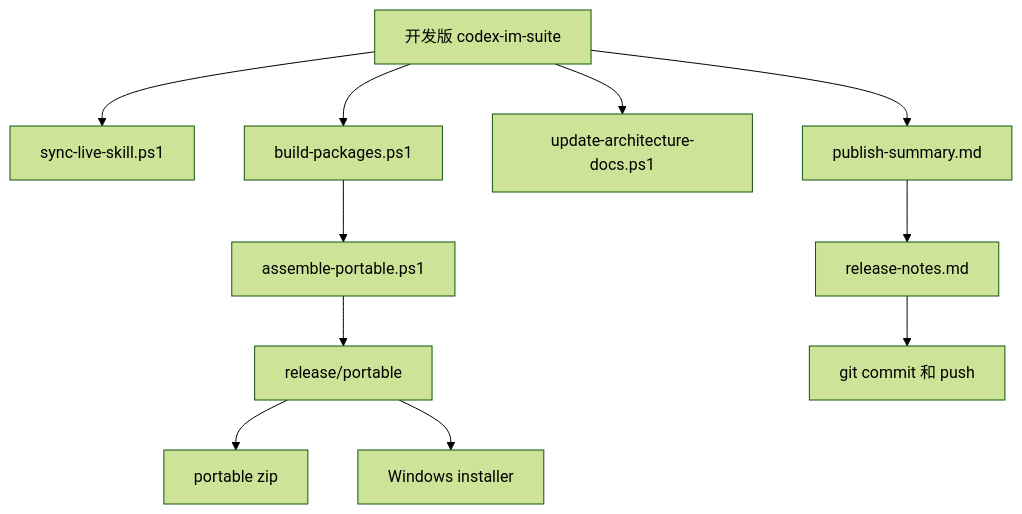
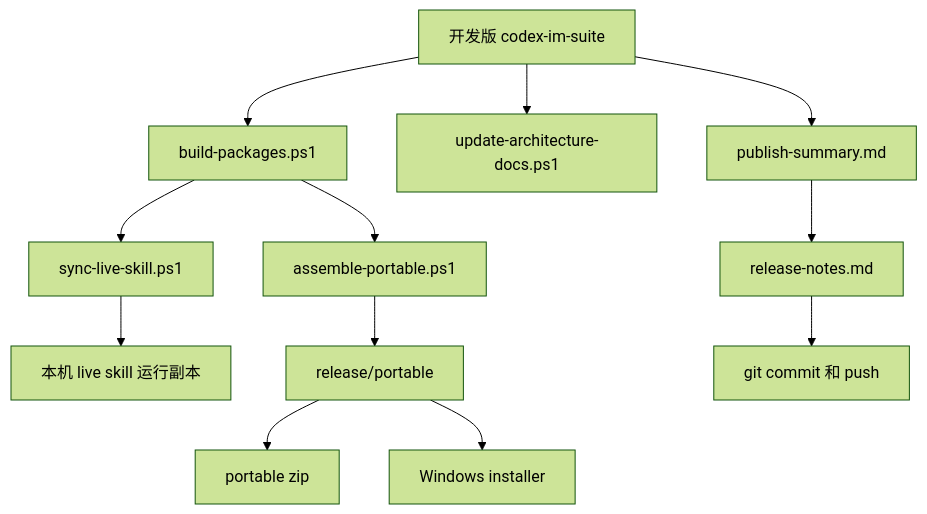
Before and after one commit to dddfuxi/codex-im-suite: the sixth of 6 diagrams in release/installer/payload/docs/PROJECT-ARCHITECTURE.md, drawn with Mermaid (forest theme). The commit also changed other lines of this file and 46 other files, not shown here.

````diff
--- a/release/installer/payload/docs/PROJECT-ARCHITECTURE.md
+++ b/release/installer/payload/docs/PROJECT-ARCHITECTURE.md
@@ -405,13 +407,14 @@
 ```mermaid
 flowchart TD
-  DevTree[开发版 codex-im-suite] --> SyncLive[sync-live-skill.ps1]
-  DevTree --> BuildPackages[build-packages.ps1]
+  DevTree[开发版 codex-im-suite] --> BuildPackages[build-packages.ps1]
+  BuildPackages --> SyncLive[sync-live-skill.ps1]
+  SyncLive --> LiveRuntime[本机 live skill 运行副本]
   DevTree --> ArchCheck[update-architecture-docs.ps1]
   BuildPackages --> Assemble[assemble-portable.ps1]
   Assemble --> Portable[release/portable]
   Portable --> Zip[portable zip]
   Portable --> Installer[Windows installer]
   DevTree --> PublishSummary[publish-summary.md]
   PublishSummary --> ReleaseNotes[release-notes.md]
   ReleaseNotes --> Git[git commit 和 push]
 ```
````
